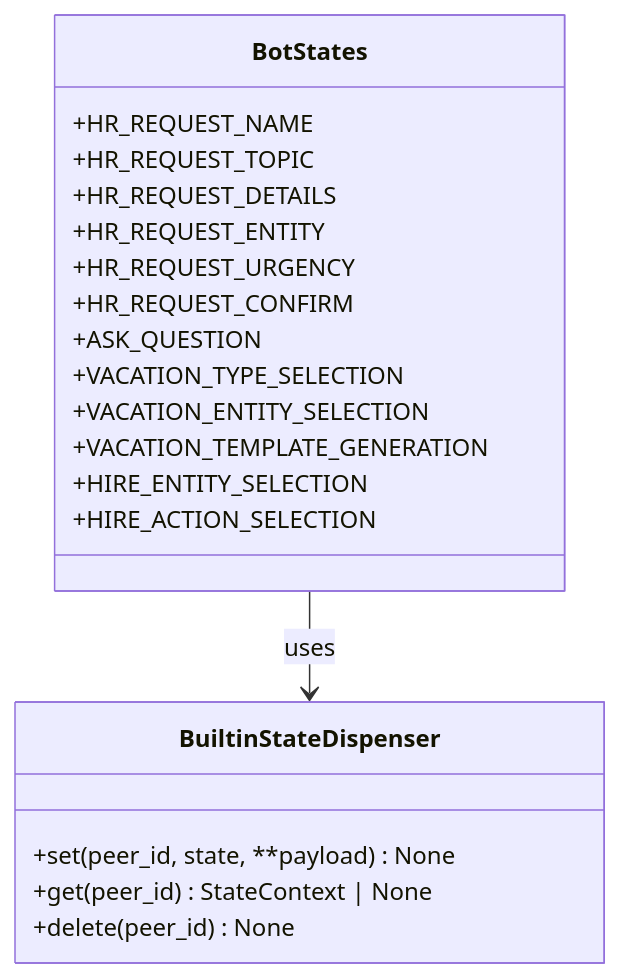
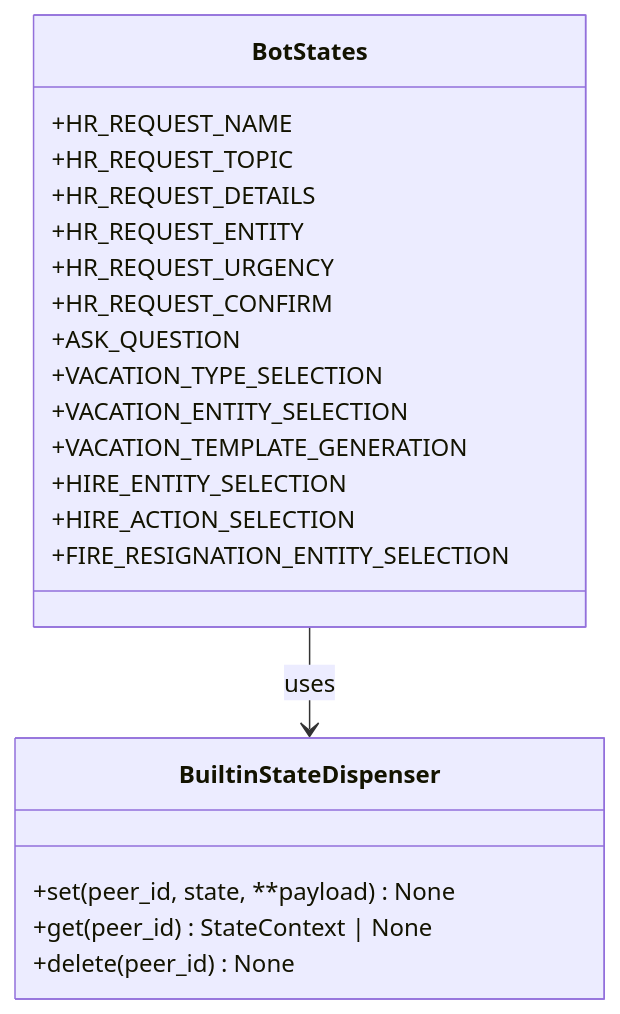
Before and after one commit to ognelis/cafetera_hr_bot: diagram 16 of 20 in .qoder/repowiki/en/content/VK Integration/VK Integration.md, drawn with Mermaid. The commit also changed other lines of this file and 14 other files, not shown here.

````diff
--- a/.qoder/repowiki/en/content/VK Integration/VK Integration.md
+++ b/.qoder/repowiki/en/content/VK Integration/VK Integration.md
@@ -892,23 +884,24 @@
 ```mermaid
 classDiagram
 class BotStates {
 +HR_REQUEST_NAME
 +HR_REQUEST_TOPIC
 +HR_REQUEST_DETAILS
 +HR_REQUEST_ENTITY
 +HR_REQUEST_URGENCY
 +HR_REQUEST_CONFIRM
 +ASK_QUESTION
 +VACATION_TYPE_SELECTION
 +VACATION_ENTITY_SELECTION
 +VACATION_TEMPLATE_GENERATION
 +HIRE_ENTITY_SELECTION
 +HIRE_ACTION_SELECTION
++FIRE_RESIGNATION_ENTITY_SELECTION
 }
 class BuiltinStateDispenser {
 +set(peer_id, state, **payload) None
 +get(peer_id) StateContext | None
 +delete(peer_id) None
 }
 BotStates --> BuiltinStateDispenser : uses
 ```
````
